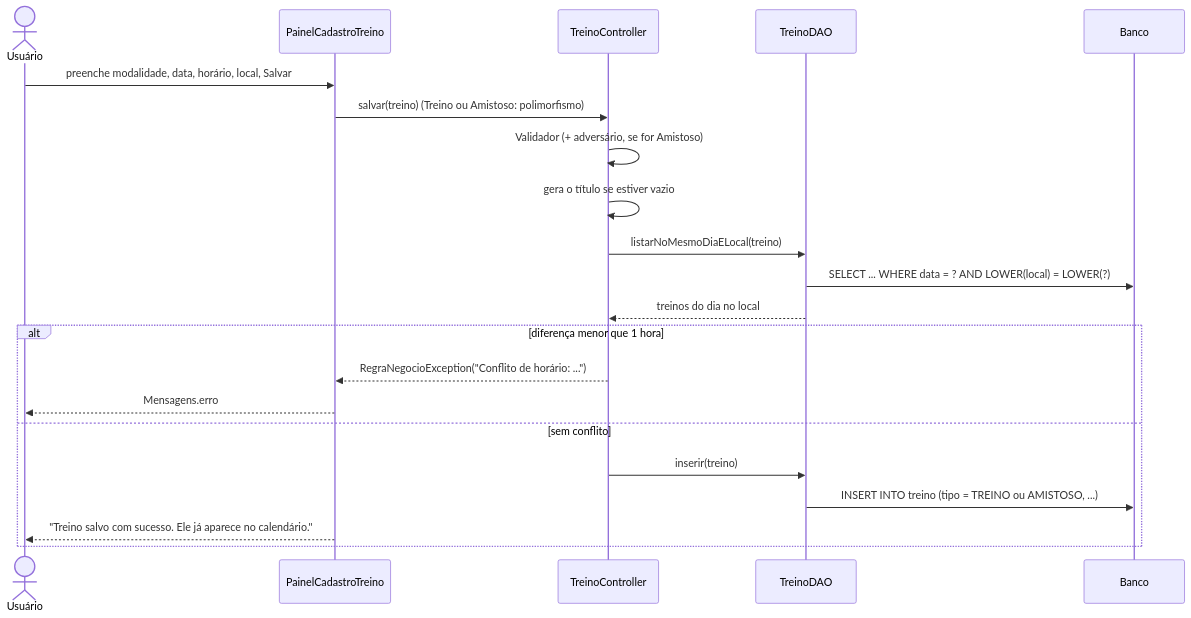
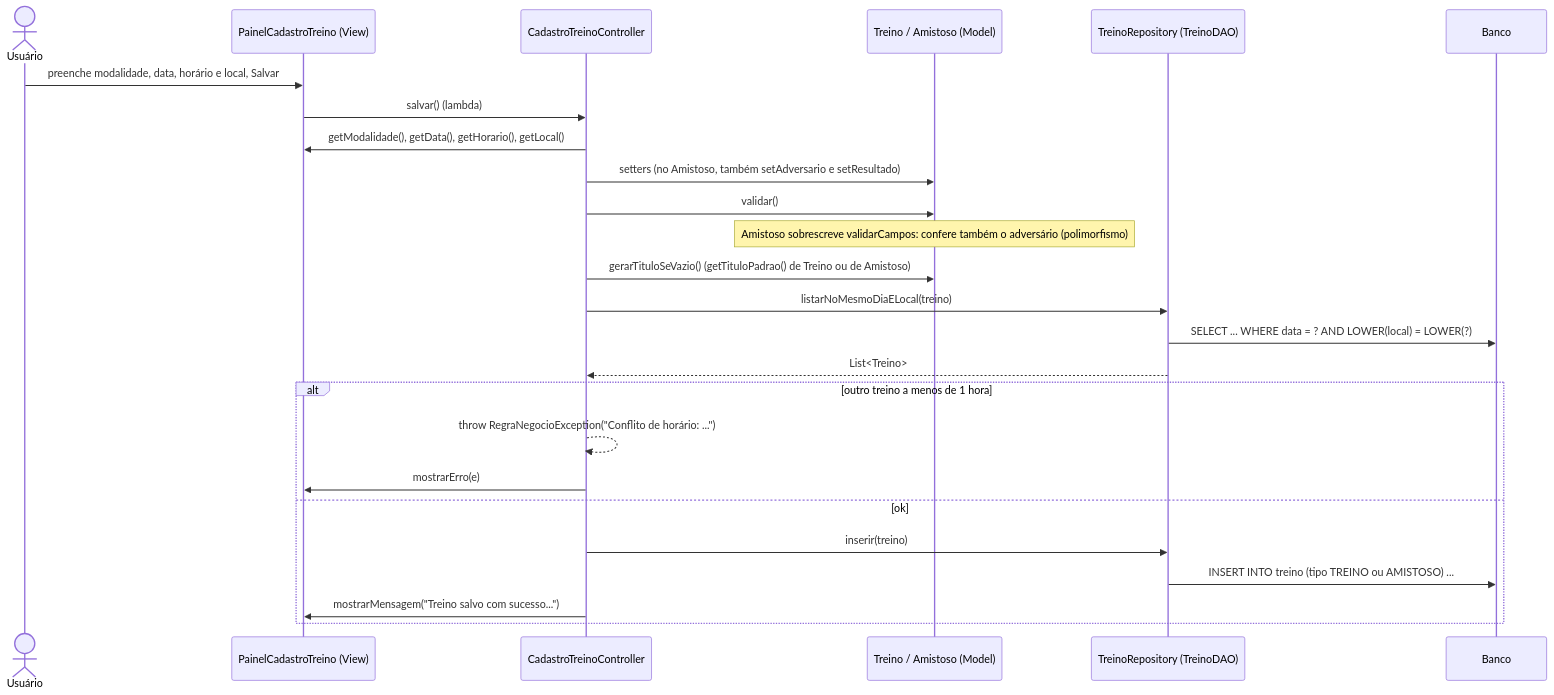
The tenth of 13 diagrams in docs/diagramas/sequencia.md (mheloisawitt/Athletiza), drawn with Mermaid before and after one commit. The commit also changed other lines of this file and 196 other files, not shown here.

````diff
--- a/docs/diagramas/sequencia.md
+++ b/docs/diagramas/sequencia.md
@@ -300,24 +340,28 @@
 ```mermaid
 sequenceDiagram
     actor U as Usuário
-    participant V as PainelCadastroTreino
-    participant C as TreinoController
-    participant D as TreinoDAO
+    participant V as PainelCadastroTreino (View)
+    participant C as CadastroTreinoController
+    participant M as Treino / Amistoso (Model)
+    participant R as TreinoRepository (TreinoDAO)
     participant B as Banco
 
-    U->>V: preenche modalidade, data, horário, local, Salvar
-    V->>C: salvar(treino)  (Treino ou Amistoso: polimorfismo)
-    C->>C: Validador (+ adversário, se for Amistoso)
-    C->>C: gera o título se estiver vazio
-    C->>D: listarNoMesmoDiaELocal(treino)
-    D->>B: SELECT ... WHERE data = ? AND LOWER(local) = LOWER(?)
-    D-->>C: treinos do dia no local
-    alt diferença menor que 1 hora
-        C-->>V: RegraNegocioException("Conflito de horário: ...")
-        V-->>U: Mensagens.erro
-    else sem conflito
-        C->>D: inserir(treino)
-        D->>B: INSERT INTO treino (tipo = TREINO ou AMISTOSO, ...)
-        V-->>U: "Treino salvo com sucesso. Ele já aparece no calendário."
+    U->>V: preenche modalidade, data, horário e local, Salvar
+    V->>C: salvar() (lambda)
+    C->>V: getModalidade(), getData(), getHorario(), getLocal()
+    C->>M: setters (no Amistoso, também setAdversario e setResultado)
+    C->>M: validar()
+    Note over M: Amistoso sobrescreve validarCampos: confere também o adversário (polimorfismo)
+    C->>M: gerarTituloSeVazio() (getTituloPadrao() de Treino ou de Amistoso)
+    C->>R: listarNoMesmoDiaELocal(treino)
+    R->>B: SELECT ... WHERE data = ? AND LOWER(local) = LOWER(?)
+    R-->>C: List<Treino>
+    alt outro treino a menos de 1 hora
+        C-->>C: throw RegraNegocioException("Conflito de horário: ...")
+        C->>V: mostrarErro(e)
+    else ok
+        C->>R: inserir(treino)
+        R->>B: INSERT INTO treino (tipo TREINO ou AMISTOSO) ...
+        C->>V: mostrarMensagem("Treino salvo com sucesso...")
     end
 ```
````
